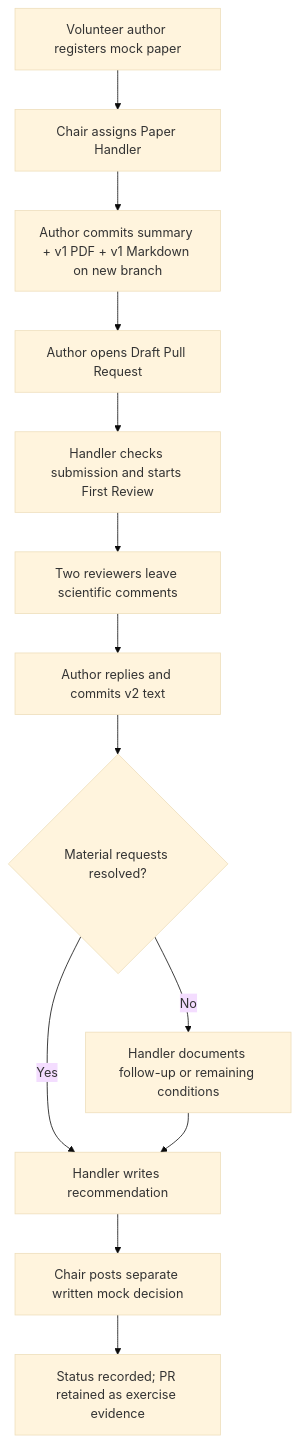
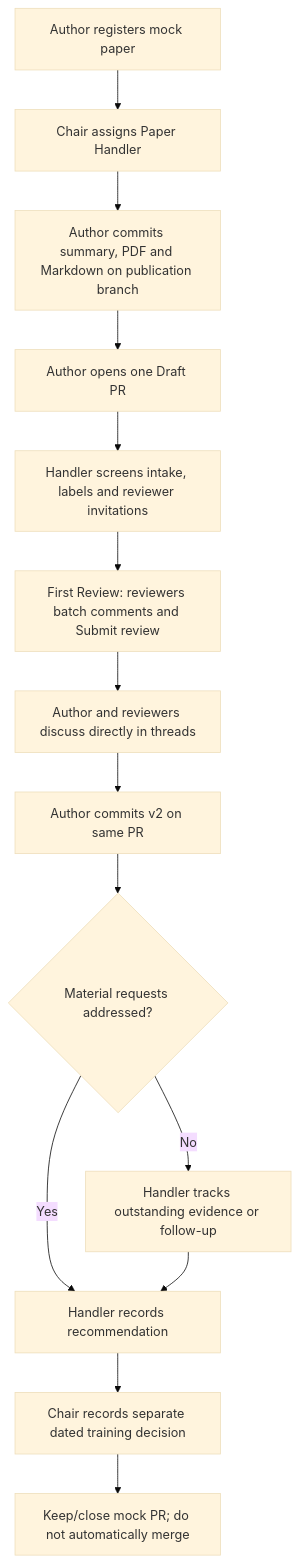
The diagram in README.md (lionandjelka/pubcom-sandbox-test), drawn with Mermaid (base theme) before and after one commit. The commit also changed other lines of this file and 6 other files, not shown here.

````diff
--- a/README.md
+++ b/README.md
@@ -21,15 +34,16 @@
 ```mermaid
 flowchart TD
-    A[Volunteer author registers mock paper] --> B[Chair assigns Paper Handler]
-    B --> C[Author commits summary + v1 PDF + v1 Markdown on new branch]
-    C --> D[Author opens Draft Pull Request]
-    D --> E[Handler checks submission and starts First Review]
-    E --> F[Two reviewers leave scientific comments]
-    F --> G[Author replies and commits v2 text]
-    G --> H{Material requests resolved?}
-    H -->|No| I[Handler documents follow-up or remaining conditions]
-    H -->|Yes| J[Handler writes recommendation]
-    I --> J
-    J --> K[Chair posts separate written mock decision]
-    K --> L[Status recorded; PR retained as exercise evidence]
+    A[Author registers mock paper] --> B[Chair assigns Paper Handler]
+    B --> C[Author commits summary, PDF and Markdown on publication branch]
+    C --> D[Author opens one Draft PR]
+    D --> E[Handler screens intake, labels and reviewer invitations]
+    E --> F[First Review: reviewers batch comments and Submit review]
+    F --> G[Author and reviewers discuss directly in threads]
+    G --> H[Author commits v2 on same PR]
+    H --> I{Material requests addressed?}
+    I -->|No| J[Handler tracks outstanding evidence or follow-up]
+    I -->|Yes| K[Handler records recommendation]
+    J --> K
+    K --> L[Chair records separate dated training decision]
+    L --> M[Keep/close mock PR; do not automatically merge]
 ```
````
